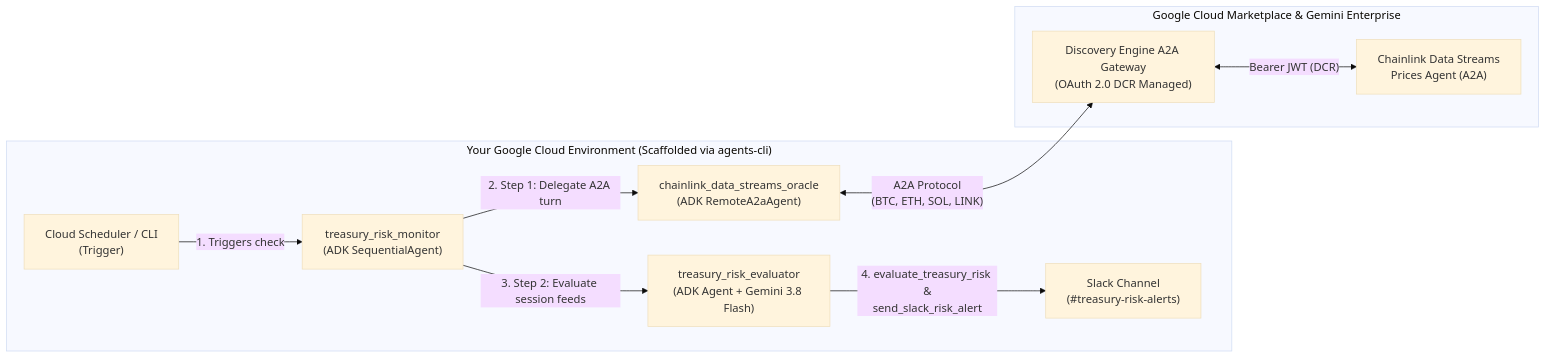
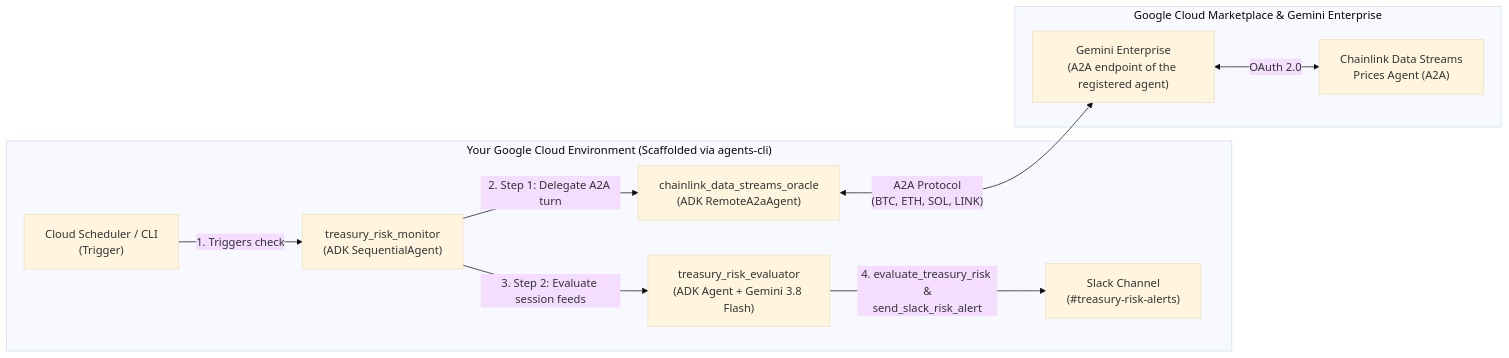
Before and after one commit to deepchenna/chainlink-treasury-monitor: the diagram in BLOG.md, drawn with Mermaid (base theme). The commit also changed other lines of this file and 4 other files, not shown here.

````diff
--- a/BLOG.md
+++ b/BLOG.md
@@ -41,22 +41,22 @@
 ```mermaid
 flowchart LR
     subgraph UserEnv["Your Google Cloud Environment (Scaffolded via agents-cli)"]
         Scheduler["Cloud Scheduler / CLI\n(Trigger)"]
         Root["treasury_risk_monitor\n(ADK SequentialAgent)"]
         RemoteOracle["chainlink_data_streams_oracle\n(ADK RemoteA2aAgent)"]
         RiskEval["treasury_risk_evaluator\n(ADK Agent + Gemini 3.8 Flash)"]
         Slack["Slack Channel\n(#treasury-risk-alerts)"]
     end
 
     subgraph GCPEnt["Google Cloud Marketplace & Gemini Enterprise"]
-        Discovery["Discovery Engine A2A Gateway\n(OAuth 2.0 DCR Managed)"]
+        Discovery["Gemini Enterprise\n(A2A endpoint of the registered agent)"]
         ChainlinkAgent["Chainlink Data Streams\nPrices Agent (A2A)"]
     end
 
     Scheduler -->|"1. Triggers check"| Root
     Root -->|"2. Step 1: Delegate A2A turn"| RemoteOracle
     RemoteOracle <-->|"A2A Protocol\n(BTC, ETH, SOL, LINK)"| Discovery
-    Discovery <-->|"Bearer JWT (DCR)"| ChainlinkAgent
+    Discovery <-->|"OAuth 2.0"| ChainlinkAgent
     Root -->|"3. Step 2: Evaluate session feeds"| RiskEval
     RiskEval -->|"4. evaluate_treasury_risk &\nsend_slack_risk_alert"| Slack
 ```
````
